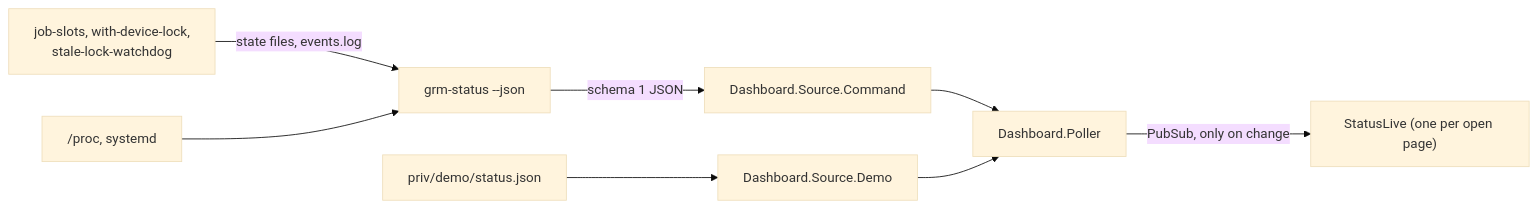
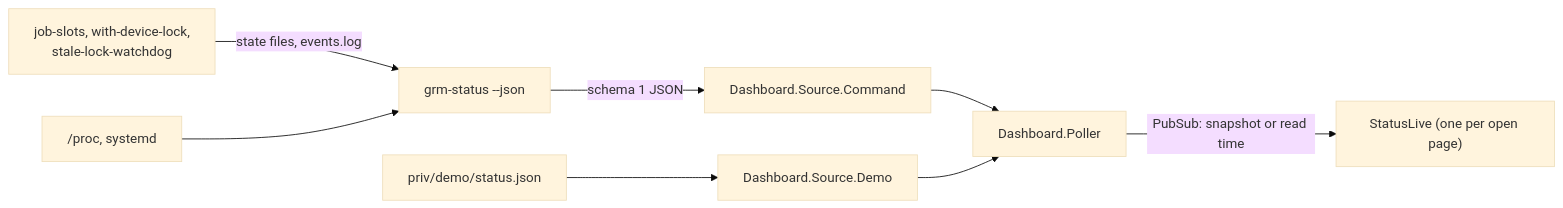
One commit to dalandro/github-runner-manager changed the diagram in docs/dashboard.md. Above: the diagram before and after it, drawn with Mermaid (base theme). The commit also changed other lines of this file and 9 other files, not shown here.

````diff
--- a/docs/dashboard.md
+++ b/docs/dashboard.md
@@ -83,10 +83,10 @@
 ```mermaid
 flowchart LR
   gates["job-slots, with-device-lock,\nstale-lock-watchdog"] -- state files, events.log --> status["grm-status --json"]
   proc["/proc, systemd"] --> status
   status -- "schema 1 JSON" --> source["Dashboard.Source.Command"]
   demo["priv/demo/status.json"] --> demosource["Dashboard.Source.Demo"]
   source --> poller["Dashboard.Poller"]
   demosource --> poller
-  poller -- "PubSub, only on change" --> live["StatusLive (one per open page)"]
+  poller -- "PubSub: snapshot or read time" --> live["StatusLive (one per open page)"]
 ```
````
